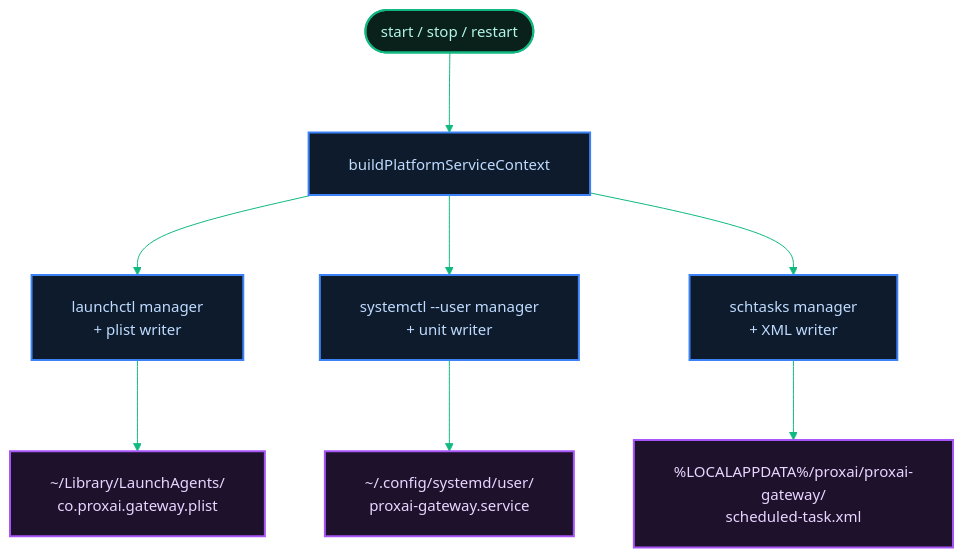
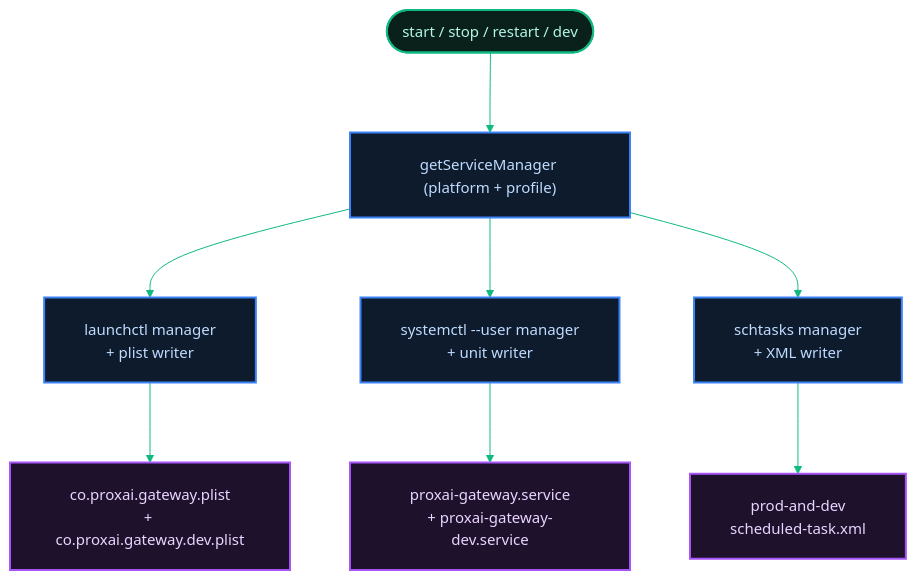
The diagram in docs/07-platform-and-deployment/7.1-cross-platform-differences.md (proxai/proxai_gateway), drawn with Mermaid before and after one commit. The commit also changed other lines of this file and 68 other files, not shown here.

````diff
--- a/docs/07-platform-and-deployment/7.1-cross-platform-differences.md
+++ b/docs/07-platform-and-deployment/7.1-cross-platform-differences.md
@@ -27,36 +29,36 @@
 ```mermaid
 %%{init:{"theme":"base","flowchart":{"useMaxWidth":false,"htmlLabels":true,"curve":"basis","nodeSpacing":60,"rankSpacing":80,"padding":20},"themeVariables":{"background":"#0a201b","primaryColor":"#0d1b2d","primaryTextColor":"#bfdbfe","primaryBorderColor":"#3b82f6","lineColor":"#10b981","fontSize":"15px"}}}%%
 flowchart TD
-    cli(["start / stop / restart"])
-    wire["buildPlatformServiceContext"]
+    cli(["start / stop / restart / dev"])
+    wire["getServiceManager (platform + profile)"]
     darwin["launchctl manager<br/>+ plist writer"]
     linux["systemctl --user manager<br/>+ unit writer"]
     win["schtasks manager<br/>+ XML writer"]
-    plist["~/Library/LaunchAgents/<br/>co.proxai.gateway.plist"]
-    unit["~/.config/systemd/user/<br/>proxai-gateway.service"]
-    xml["%LOCALAPPDATA%/proxai/proxai-gateway/<br/>scheduled-task.xml"]
+    plist["co.proxai.gateway.plist<br/>+ co.proxai.gateway.dev.plist"]
+    unit["proxai-gateway.service<br/>+ proxai-gateway-dev.service"]
+    xml["prod-and-dev<br/>scheduled-task.xml"]
 
     cli --> wire
     wire --> darwin
     wire --> linux
     wire --> win
     darwin --> plist
     linux --> unit
     win --> xml
 
     classDef startNode fill:#0a201b,stroke:#10b981,stroke-width:2px,color:#b3f5e6;
     classDef stopNode fill:#241212,stroke:#ef4444,stroke-width:2px,color:#fca5a5;
     classDef decNode fill:#241c0e,stroke:#f59e0b,stroke-width:2px,color:#fde68a;
     classDef processNode fill:#0d1b2d,stroke:#3b82f6,stroke-width:2px,color:#bfdbfe;
     classDef actionNode fill:#1e112c,stroke:#a855f7,stroke-width:2px,color:#e9d5ff;
     classDef default fill:#0a201b,stroke:#14b8a6,stroke-width:2px,color:#ccfbf1;
 
     class cli startNode;
     class wire processNode;
     class darwin processNode;
     class linux processNode;
     class win processNode;
     class plist actionNode;
     class unit actionNode;
     class xml actionNode;
 ```
````
